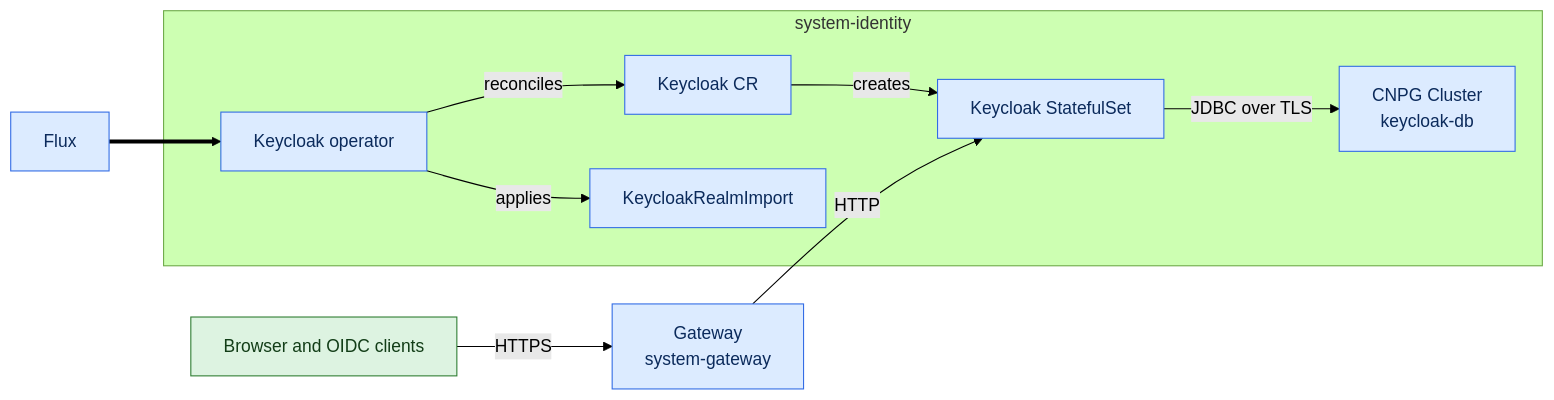
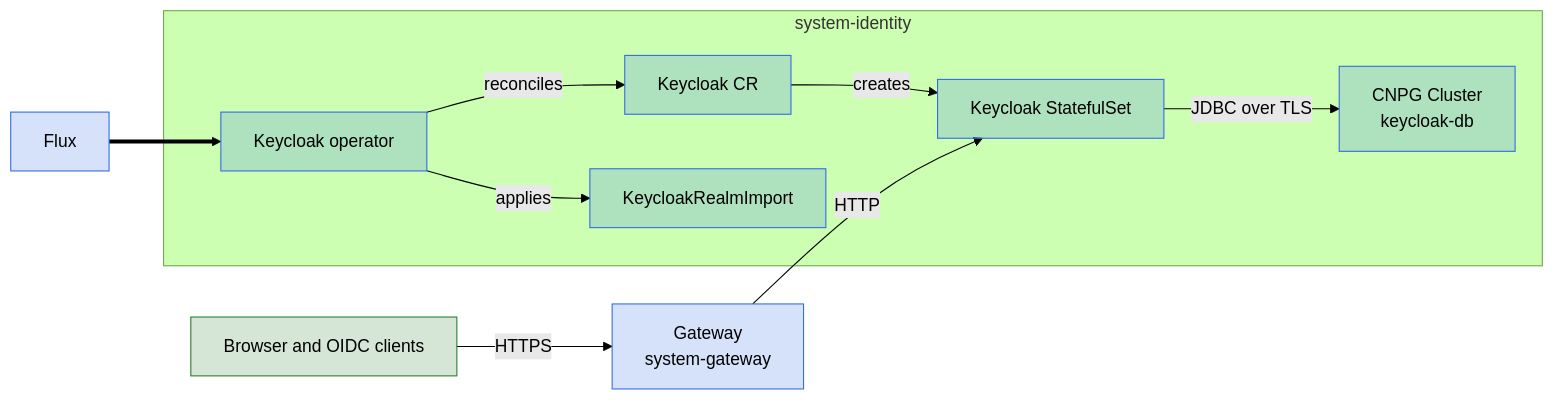
The diagram in docs/guides/identity/keycloak.md (windsorcli/core), drawn with Mermaid (forest theme) before and after one commit. The commit also changed 4 other files, not shown here.

Commit message:
docs(guides): use translucent tints in diagram fills

````diff
--- a/docs/guides/identity/keycloak.md
+++ b/docs/guides/identity/keycloak.md
@@ -153,27 +153,27 @@
 ```mermaid
 flowchart LR
   flux[Flux]
   users[Browser and OIDC clients]
 
   subgraph systemidentity[system-identity]
     operator[Keycloak operator]
     keycloak_cr[Keycloak CR]
     keycloak_sts[Keycloak StatefulSet]
     realm[KeycloakRealmImport]
     pg[CNPG Cluster<br/>keycloak-db]
   end
 
   gateway[Gateway<br/>system-gateway]
 
   flux ==> operator
   operator -->|reconciles| keycloak_cr
   keycloak_cr -->|creates| keycloak_sts
   operator -->|applies| realm
   keycloak_sts -->|JDBC over TLS| pg
   users -->|HTTPS| gateway
   gateway -->|HTTP| keycloak_sts
-  classDef k8s fill:#DCEBFF,stroke:#326CE5,color:#0B2A5B
-  classDef app fill:#DDF3E1,stroke:#2E7D32,color:#123D17
+  classDef k8s fill:#326CE533,stroke:#326CE5
+  classDef app fill:#2E7D3233,stroke:#2E7D32
   class flux,operator,keycloak_cr,keycloak_sts,realm,pg,gateway k8s
   class users app
 ```
````
